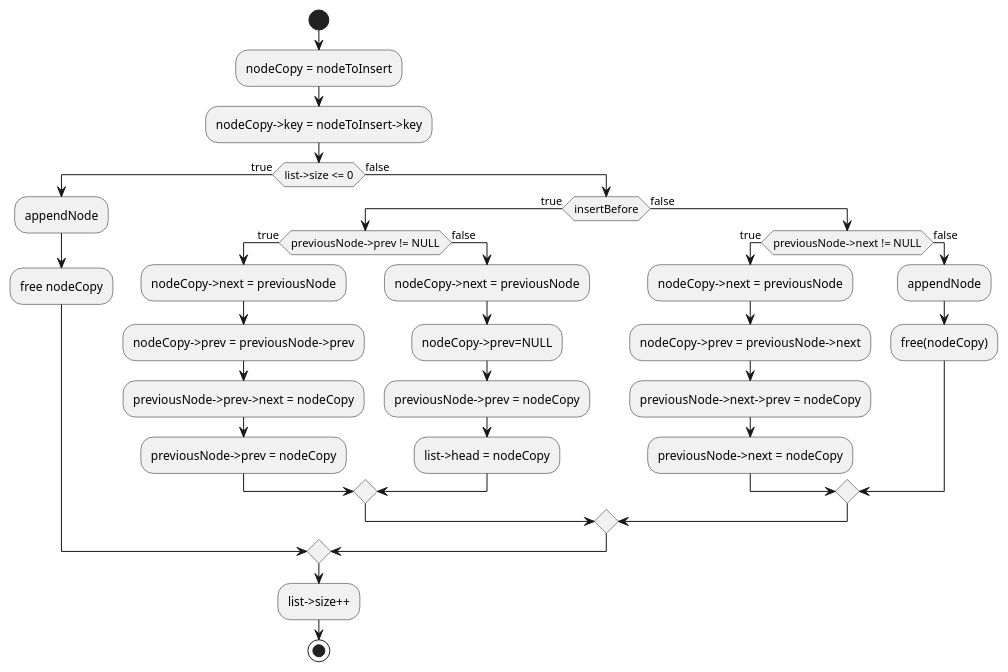
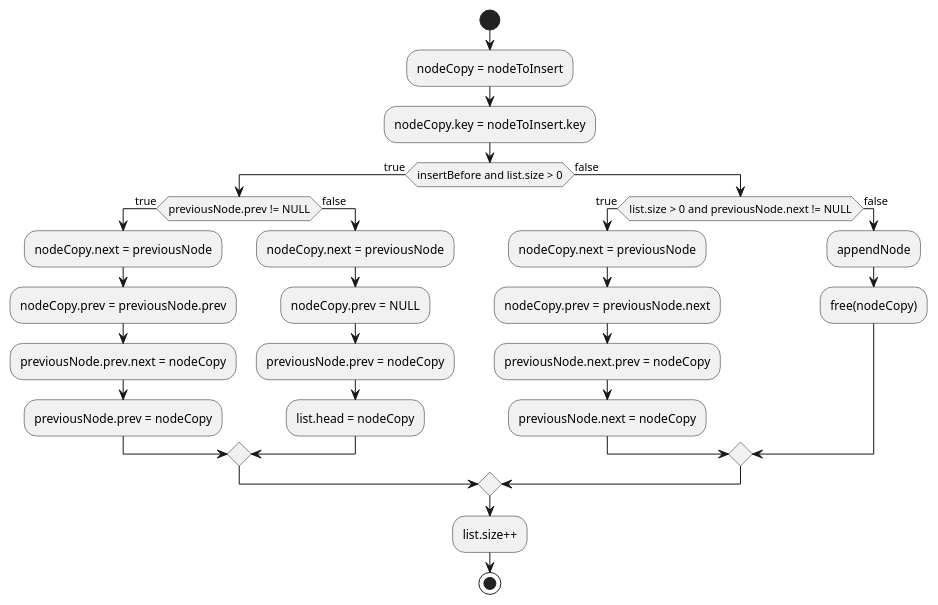
One commit to MikaelFangel/Yukon changed the diagram in diagrams/linked_insert_activity.puml. Above: the diagram before and after it, drawn with PlantUML. The commit also changed 1 other file, not shown here.

Commit message:
simplified insert operation further for readability

```diff
--- a/diagrams/linked_insert_activity.puml
+++ b/diagrams/linked_insert_activity.puml
@@ -1,45 +1,40 @@
 @startuml
 'https://plantuml.com/activity-diagram-beta
 
 start
 :nodeCopy = nodeToInsert;
-:nodeCopy->key = nodeToInsert->key;
+:nodeCopy.key = nodeToInsert.key;
 
-if(list->size <= 0) then (true)
-    :appendNode;
-    :free nodeCopy;
-else (false)
-    if(insertBefore) then (true)
-        if(previousNode->prev != NULL) then (true)
-            :nodeCopy->next = previousNode;
-            :nodeCopy->prev = previousNode->prev;
-            :previousNode->prev->next = nodeCopy;
-            :previousNode->prev = nodeCopy;
+    if(insertBefore and list.size > 0) then (true)
+        if(previousNode.prev != NULL) then (true)
+            :nodeCopy.next = previousNode;
+            :nodeCopy.prev = previousNode.prev;
+            :previousNode.prev.next = nodeCopy;
+            :previousNode.prev = nodeCopy;
 
         else (false)
-            :nodeCopy->next = previousNode;
-            :nodeCopy->prev=NULL;
-            :previousNode->prev = nodeCopy;
-            :list->head = nodeCopy;
+            :nodeCopy.next = previousNode;
+            :nodeCopy.prev = NULL;
+            :previousNode.prev = nodeCopy;
+            :list.head = nodeCopy;
 
         endif
     else (false)
-        if(previousNode->next != NULL) then (true)
-            :nodeCopy->next = previousNode;
-            :nodeCopy->prev = previousNode->next;
-            :previousNode->next->prev = nodeCopy;
-            :previousNode->next = nodeCopy;
+        if(list.size > 0 and previousNode.next != NULL) then (true)
+            :nodeCopy.next = previousNode;
+            :nodeCopy.prev = previousNode.next;
+            :previousNode.next.prev = nodeCopy;
+            :previousNode.next = nodeCopy;
 
         else (false)
             :appendNode;
             :free(nodeCopy);
         endif
 
 endif
-endif
 
-:list->size++;
+:list.size++;
 
 stop
 
 @enduml
```
